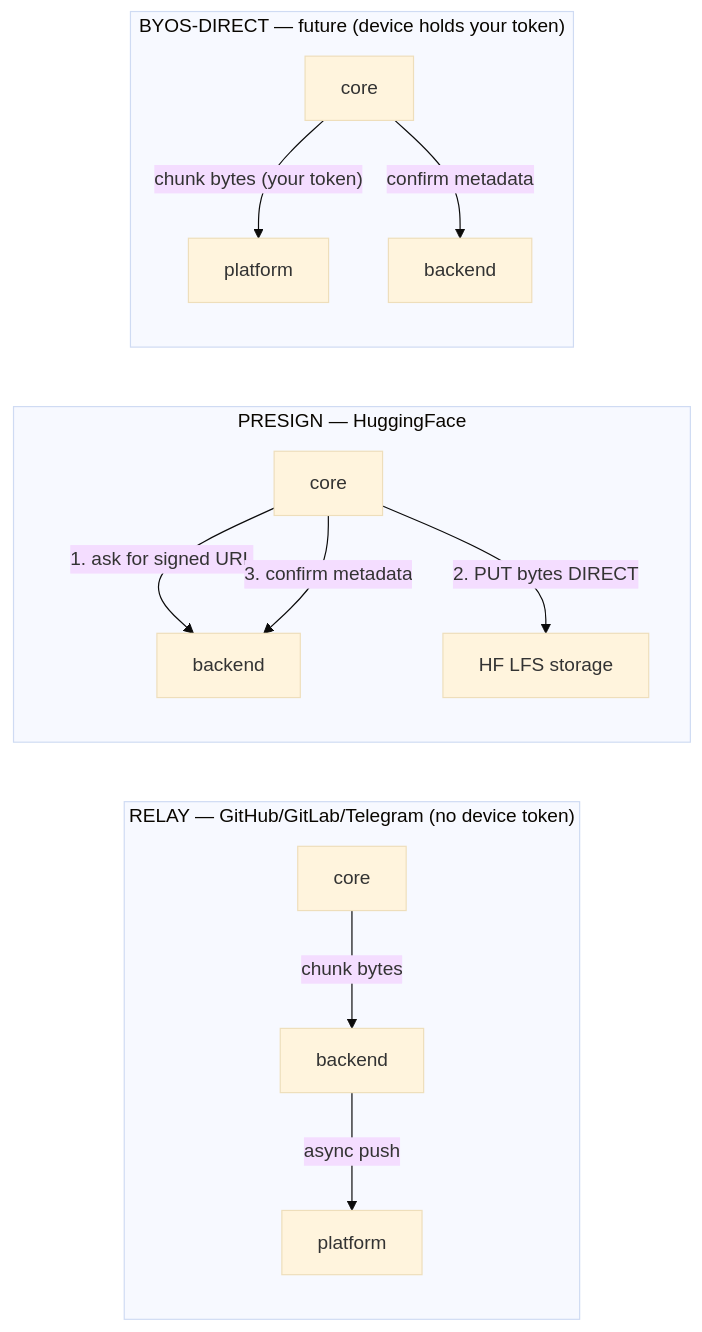
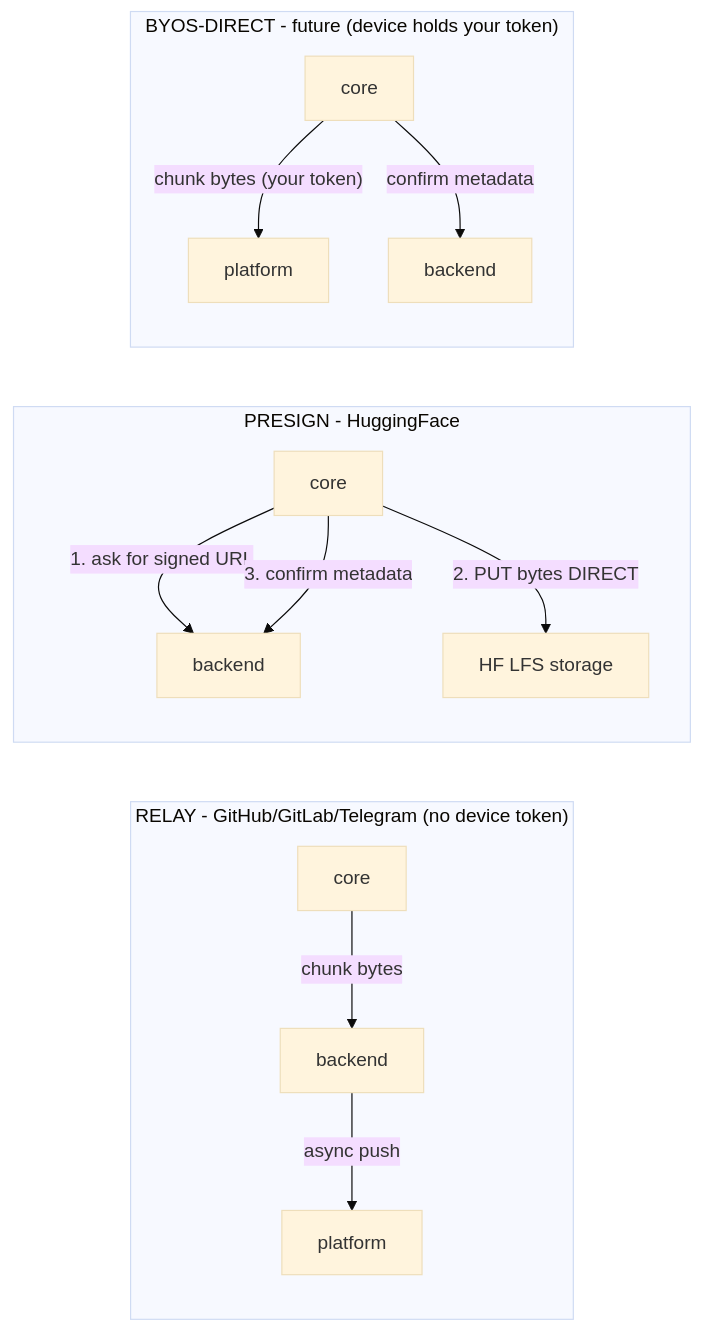
Before and after one commit to Wosmos/zcrypt: the fourth of 5 diagrams in docs/DESKTOP_UPLOAD_EXPLAINED.md, drawn with Mermaid (base theme). The commit also changed other lines of this file and 30 other files, not shown here.

````diff
--- a/docs/DESKTOP_UPLOAD_EXPLAINED.md
+++ b/docs/DESKTOP_UPLOAD_EXPLAINED.md
@@ -155,15 +155,15 @@
 ```mermaid
 flowchart LR
-    subgraph RELAY["RELAY — GitHub/GitLab/Telegram (no device token)"]
+    subgraph RELAY["RELAY - GitHub/GitLab/Telegram (no device token)"]
         C1["core"] -->|"chunk bytes"| B1["backend"] -->|"async push"| G1["platform"]
     end
-    subgraph PRESIGN["PRESIGN — HuggingFace"]
+    subgraph PRESIGN["PRESIGN - HuggingFace"]
         C2["core"] -->|"1. ask for signed URL"| B2["backend"]
         C2 -->|"2. PUT bytes DIRECT"| H2["HF LFS storage"]
         C2 -->|"3. confirm metadata"| B2
     end
-    subgraph BYOS["BYOS-DIRECT — future (device holds your token)"]
+    subgraph BYOS["BYOS-DIRECT - future (device holds your token)"]
         C3["core"] -->|"chunk bytes (your token)"| G3["platform"]
         C3 -->|"confirm metadata"| B3["backend"]
     end
 ```
````
